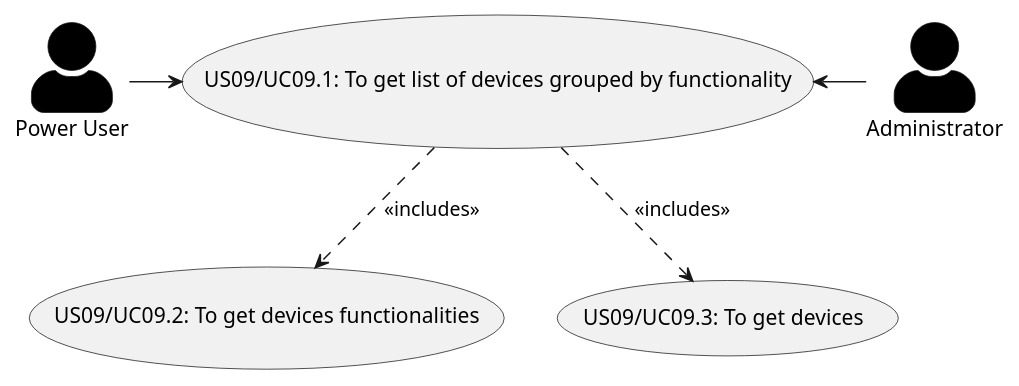
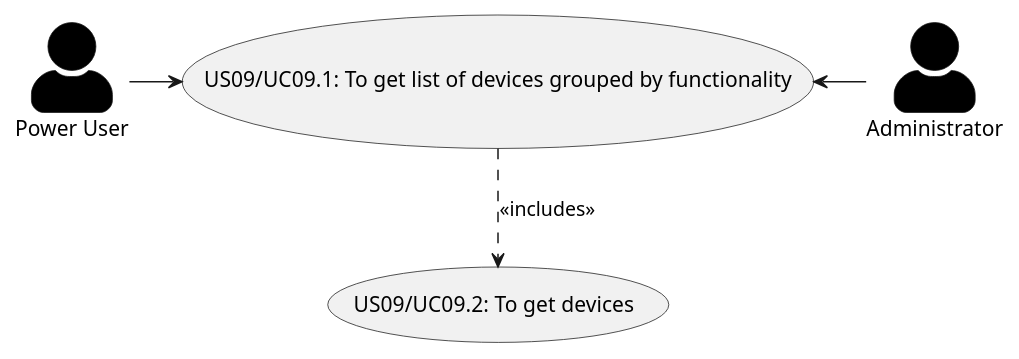
Before and after one commit to olivDiogo/SmartHome: the diagram in docs/ooa/useCaseDiagram/US09GetListOfDevicesGroupedByFuncionality.puml, drawn with PlantUML.

Commit message:
#98 [UPDATE]: Updated use case diagram for US09 - removed UC "To get list of device types"

```diff
--- a/docs/ooa/useCaseDiagram/US09GetListOfDevicesGroupedByFuncionality.puml
+++ b/docs/ooa/useCaseDiagram/US09GetListOfDevicesGroupedByFuncionality.puml
@@ -1,21 +1,19 @@
 @startuml
 'https://plantuml.com/use-case-diagram
 'left to right direction
 skinparam actorStyle awesome
 skinparam ActorBackgroundColor black
 
 :Administrator: as Admin
 :Power User: as Power_User
 
 (US09/UC09.1: To get list of devices grouped by functionality) as (Use9.1)
-(US09/UC09.2: To get devices functionalities) as (Use9.2)
-(US09/UC09.3: To get devices) as (Use9.3)
+(US09/UC09.2: To get devices) as (Use9.2)
 
 Admin -left-> (Use9.1)
 
 Power_User -right-> (Use9.1)
 
-(Use9.1) ..> (Use9.3): <<includes>>
 (Use9.1) ..> (Use9.2): <<includes>>
 
 @enduml
```
